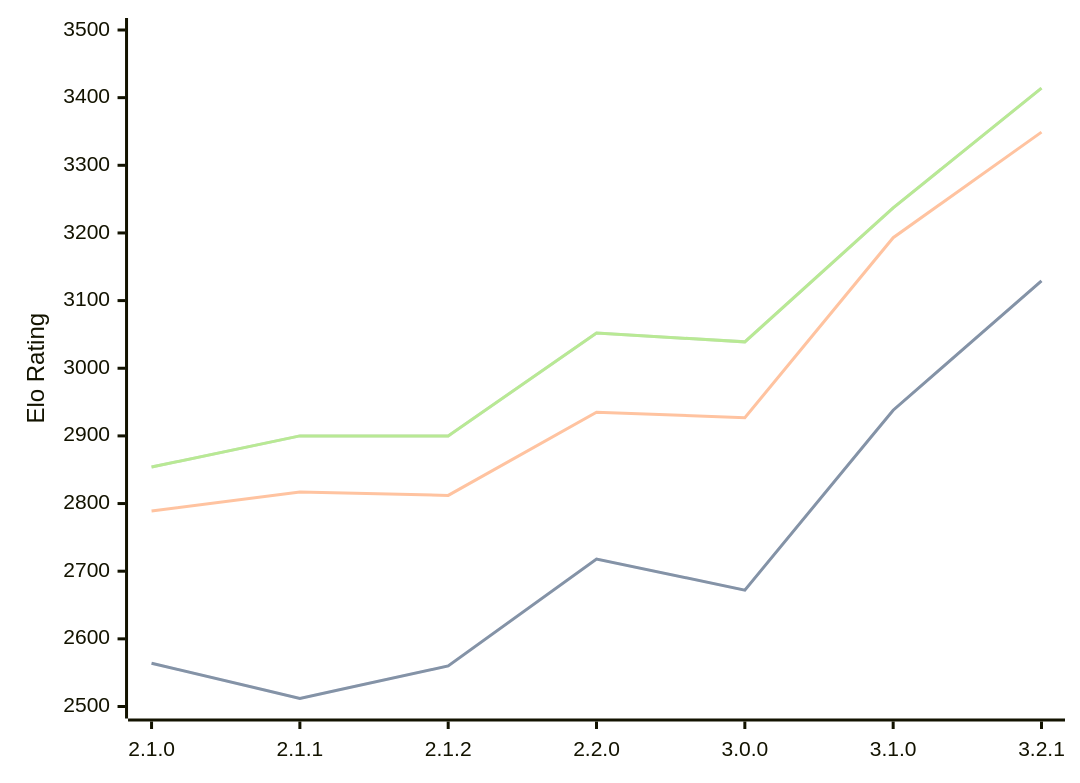
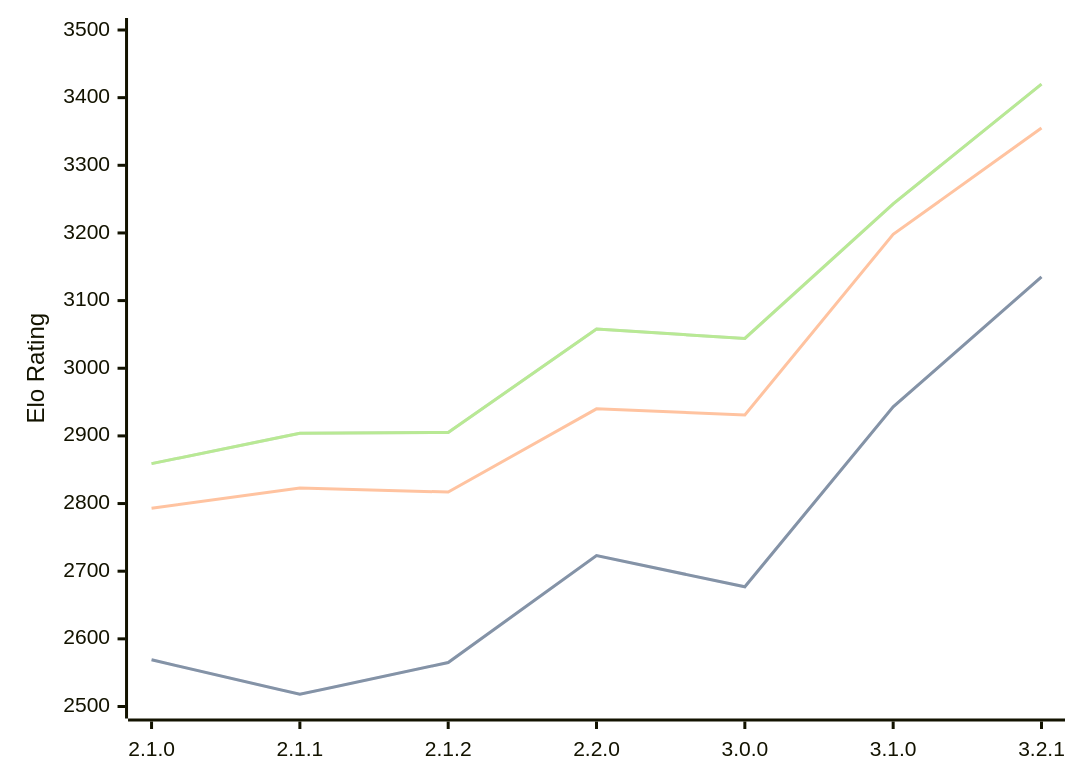
Before and after one commit to computer-chess-index/cci: the diagram in engines/Prune.md, drawn with Mermaid. The commit also changed other lines of this file, not shown here.

Commit message:
Update CCI Ratings (ELO VLTC) - 2026-04-14

````diff
--- a/engines/Prune.md
+++ b/engines/Prune.md
@@ -42,11 +42,11 @@
 ```mermaid
 %%{init: {"theme":"base","themeVariables":{"seriesColors:['#a3a3a3','#222221','#faa371']}}}%%
 xychart-beta
   x-axis ["2.1.0", "2.1.1", "2.1.2", "2.2.0", "3.0.0", "3.1.0", "3.2.1"]
   y-axis "Elo Rating" 2500 --> 3500
-  line "STC (8.0+0.08s)" [2564, 2512, 2560, 2718, 2672, 2938, 3129]
-  line "STC (8.0+0.08s)" [2564, 2512, 2560, 2718, 2672, 2938, 3129]
-  line "LTC (60.0+0.60s)" [2789, 2817, 2812, 2935, 2927, 3193, 3349]
-  line "VLTC (2m24s+1.12s)" [2854, 2900, 2900, 3052, 3039, 3237, 3414]
-  line "VLTC (2m24s+1.12s)" [2854, 2900, 2900, 3052, 3039, 3237, 3414]
+  line "STC (8.0+0.08s)" [2569, 2518, 2565, 2723, 2677, 2943, 3135]
+  line "STC (8.0+0.08s)" [2569, 2518, 2565, 2723, 2677, 2943, 3135]
+  line "LTC (60.0+0.60s)" [2793, 2823, 2817, 2940, 2931, 3198, 3355]
+  line "VLTC (2m24s+1.12s)" [2859, 2904, 2905, 3058, 3044, 3243, 3420]
+  line "VLTC (2m24s+1.12s)" [2859, 2904, 2905, 3058, 3044, 3243, 3420]
 ```
````
